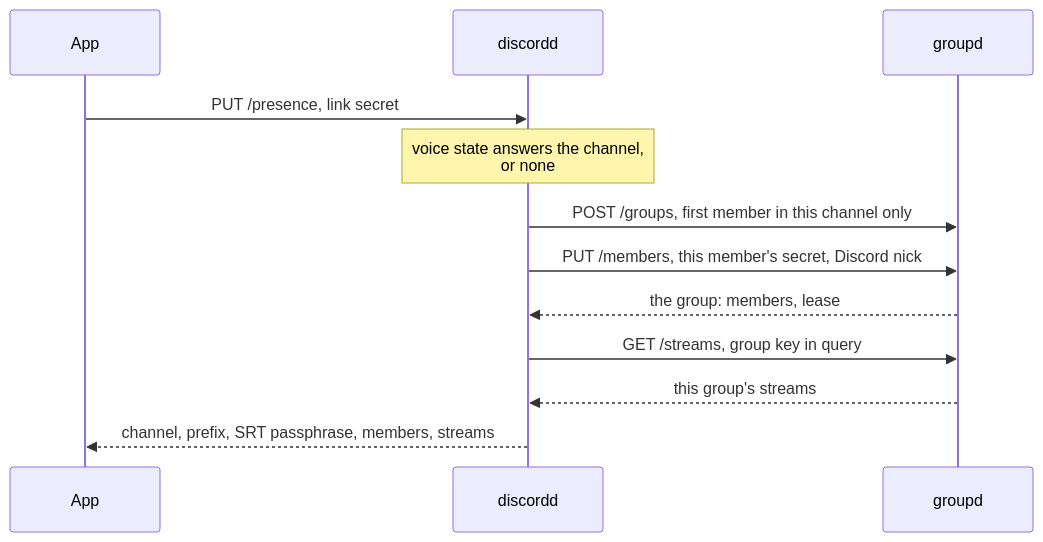
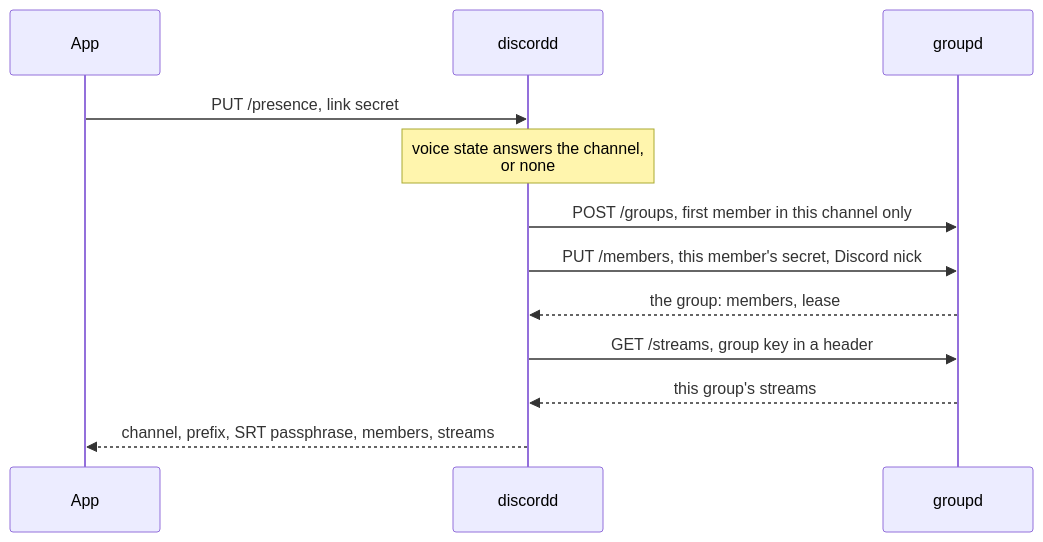
One commit to bjoern621/screen-sharing changed the second of 3 diagrams in docs/discord-mode.md. Above: the diagram before and after it, drawn with Mermaid. The commit also changed other lines of this file and 9 other files, not shown here.

````diff
--- a/docs/discord-mode.md
+++ b/docs/discord-mode.md
@@ -85,15 +86,15 @@
 ```mermaid
 sequenceDiagram
     participant A as App
     participant D as discordd
     participant G as groupd
 
     A->>D: PUT /presence, link secret
     Note over D: voice state answers the channel,<br/>or none
     D->>G: POST /groups, first member in this channel only
     D->>G: PUT /members, this member's secret, Discord nick
     G-->>D: the group: members, lease
-    D->>G: GET /streams, group key in query
+    D->>G: GET /streams, group key in a header
     G-->>D: this group's streams
     D-->>A: channel, prefix, SRT passphrase, members, streams
 ```
````
